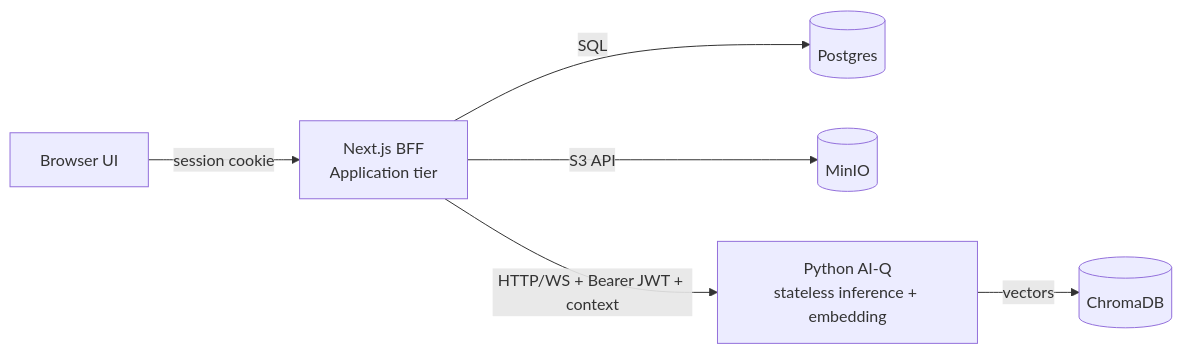
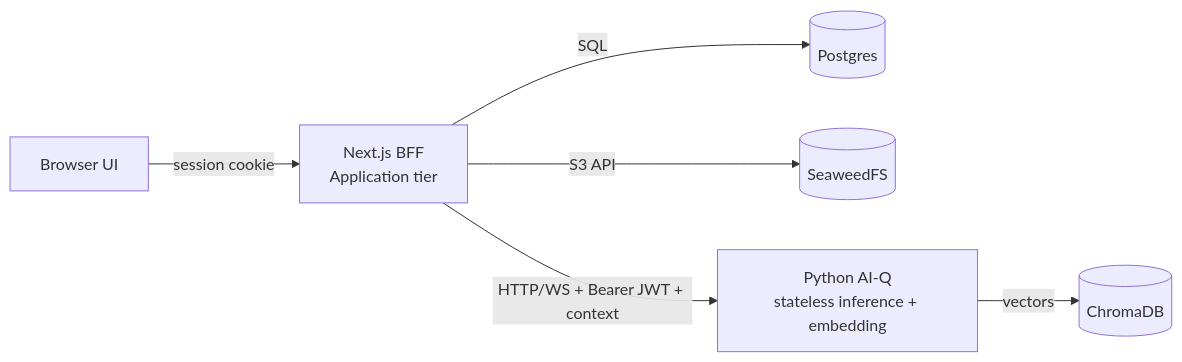
Before and after one commit to GRID-check/grid-oib-agent: the diagram in docs/adr/0003-nextjs-bff-and-stateless-python-agent.md, drawn with Mermaid. The commit also changed other lines of this file and 60 other files, not shown here.

First line of the commit message:
Migrate object storage from MinIO to SeaweedFS

````diff
--- a/docs/adr/0003-nextjs-bff-and-stateless-python-agent.md
+++ b/docs/adr/0003-nextjs-bff-and-stateless-python-agent.md
@@ -18,8 +18,8 @@
 ```mermaid
 flowchart LR
   Browser[Browser UI] -->|session cookie| BFF[Next.js BFF\nApplication tier]
   BFF -->|SQL| PG[(Postgres)]
-  BFF -->|S3 API| MinIO[(MinIO)]
+  BFF -->|S3 API| SeaweedFS[(SeaweedFS)]
   BFF -->|HTTP/WS + Bearer JWT + context| PY[Python AI-Q\nstateless inference + embedding]
   PY -->|vectors| Chroma[(ChromaDB)]
 ```
````
